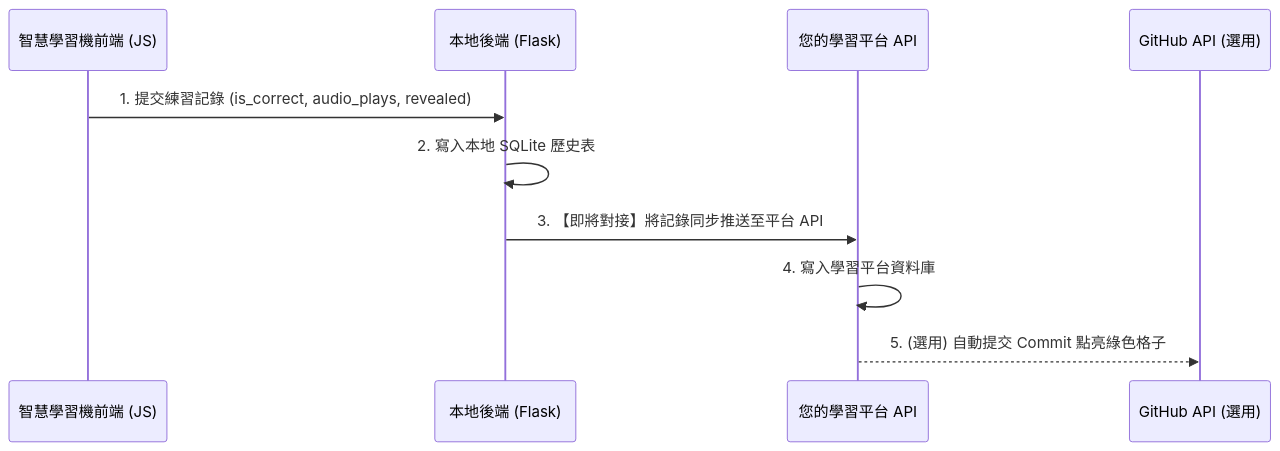
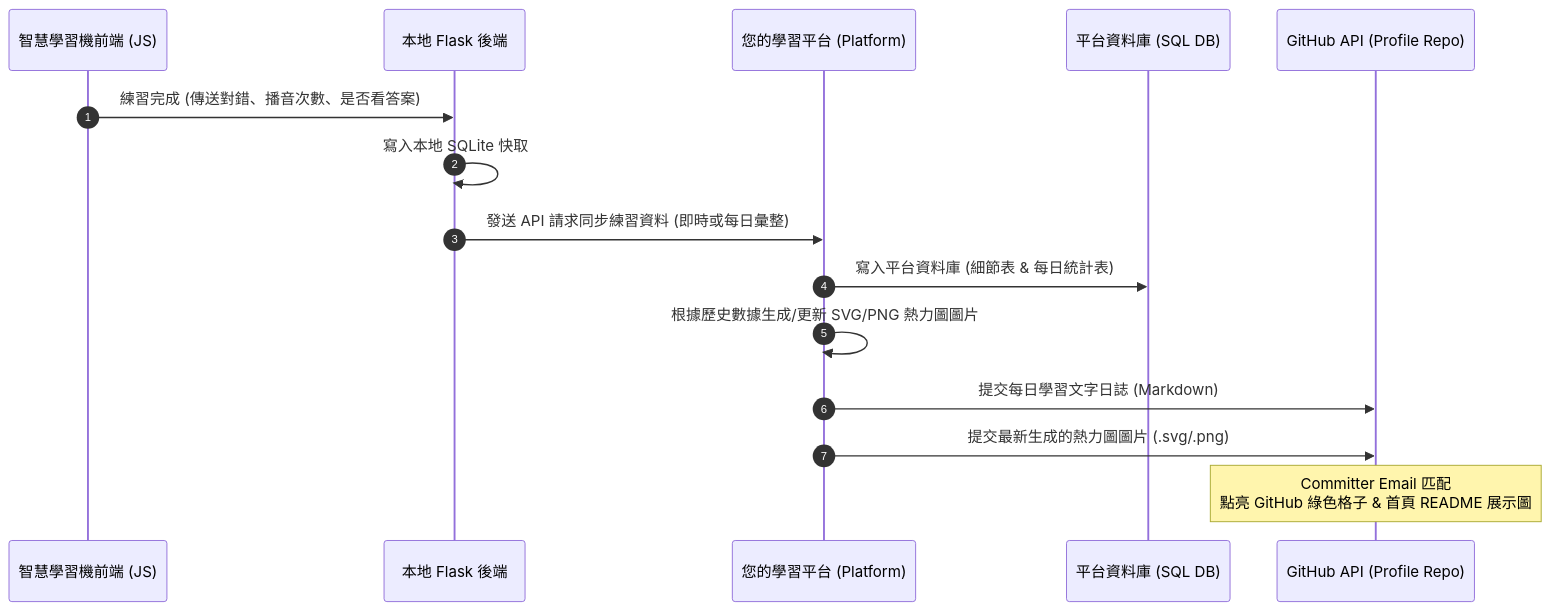
The diagram in api_integration_spec.md (crab650/toeic-practice), drawn with Mermaid before and after one commit. The commit also changed other lines of this file, not shown here.

Commit message:
Update API Spec: Add DB Schema and SVG Heatmap GitHub Integration

````diff
--- a/api_integration_spec.md
+++ b/api_integration_spec.md
@@ -12,13 +11,18 @@
 ```mermaid
 sequenceDiagram
-    participant Trainer_FE as 智慧學習機前端 (JS)
-    participant Trainer_BE as 本地後端 (Flask)
-    participant Platform_API as 您的學習平台 API
-    participant GitHub as GitHub API (選用)
+    autonumber
+    participant Local_FE as 智慧學習機前端 (JS)
+    participant Local_BE as 本地 Flask 後端
+    participant Platform as 您的學習平台 (Platform)
+    participant DB as 平台資料庫 (SQL DB)
+    participant GitHub as GitHub API (Profile Repo)
 
-    Trainer_FE->>Trainer_BE: 1. 提交練習記錄 (is_correct, audio_plays, revealed)
-    Trainer_BE->>Trainer_BE: 2. 寫入本地 SQLite 歷史表
-    Trainer_BE->>Platform_API: 3. 【即將對接】將記錄同步推送至平台 API
-    Platform_API->>Platform_API: 4. 寫入學習平台資料庫
-    Platform_API-->>GitHub: 5. (選用) 自動提交 Commit 點亮綠色格子
+    Local_FE->>Local_BE: 練習完成 (傳送對錯、播音次數、是否看答案)
+    Local_BE->>Local_BE: 寫入本地 SQLite 快取
+    Local_BE->>Platform: 發送 API 請求同步練習資料 (即時或每日彙整)
+    Platform->>DB: 寫入平台資料庫 (細節表 & 每日統計表)
+    Platform->>Platform: 根據歷史數據生成/更新 SVG/PNG 熱力圖圖片
+    Platform->>GitHub: 提交每日學習文字日誌 (Markdown)
+    Platform->>GitHub: 提交最新生成的熱力圖圖片 (.svg/.png)
+    Note over GitHub: Committer Email 匹配<br/>點亮 GitHub 綠色格子 & 首頁 README 展示圖
 ```
````
